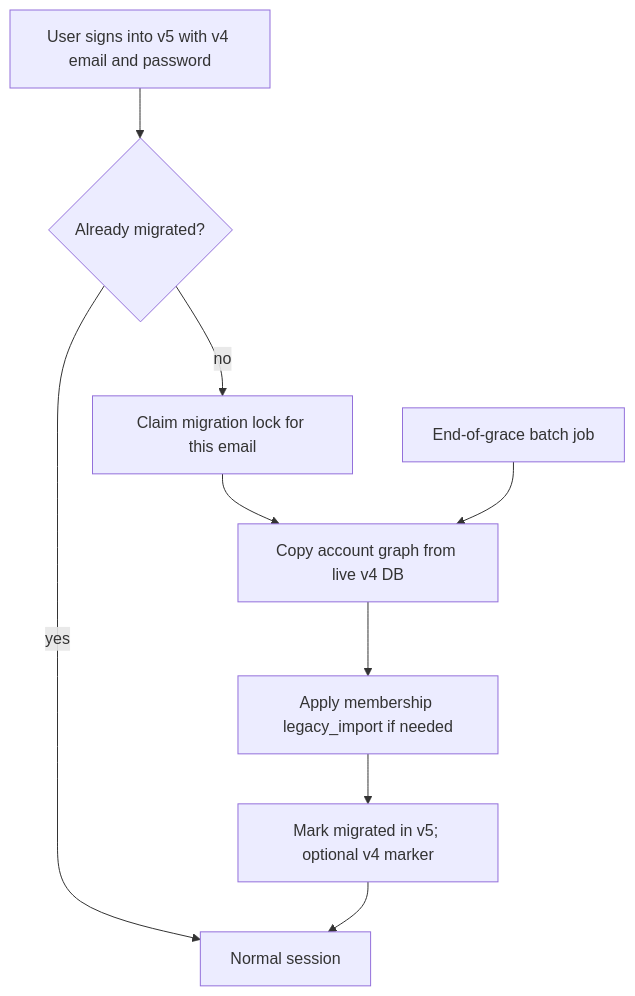
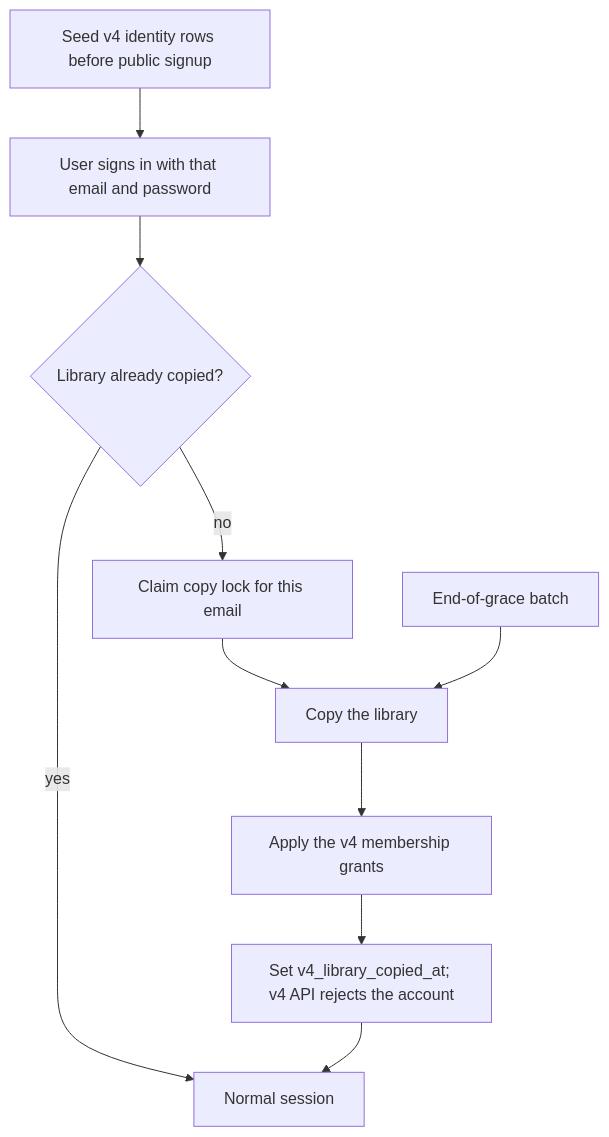
One commit to podverse/podverse changed the diagram in docs/proposals/v4-to-v5-migration/07-account-and-data-migration-model.md. Above: the diagram before and after it, drawn with Mermaid. The commit also changed other lines of this file and 16 other files, not shown here.

````diff
--- a/docs/proposals/v4-to-v5-migration/07-account-and-data-migration-model.md
+++ b/docs/proposals/v4-to-v5-migration/07-account-and-data-migration-model.md
@@ -27,11 +29,12 @@
 ```mermaid
 flowchart TD
-  login["User signs into v5 with v4 email and password"] --> check{"Already migrated?"}
+  seed["Seed v4 identity rows before public signup"] --> login["User signs in with that email and password"]
+  login --> check{"Library already copied?"}
   check -->|yes| normal["Normal session"]
-  check -->|no| lock["Claim migration lock for this email"]
-  lock --> copy["Copy account graph from live v4 DB"]
-  copy --> grant["Apply membership legacy_import if needed"]
-  grant --> mark["Mark migrated in v5; optional v4 marker"]
+  check -->|no| lock["Claim copy lock for this email"]
+  lock --> copy["Copy the library"]
+  copy --> grant["Apply the v4 membership grants"]
+  grant --> mark["Set v4_library_copied_at; v4 API rejects the account"]
   mark --> normal
-  batch["End-of-grace batch job"] --> copy
+  batch["End-of-grace batch"] --> copy
 ```
````
